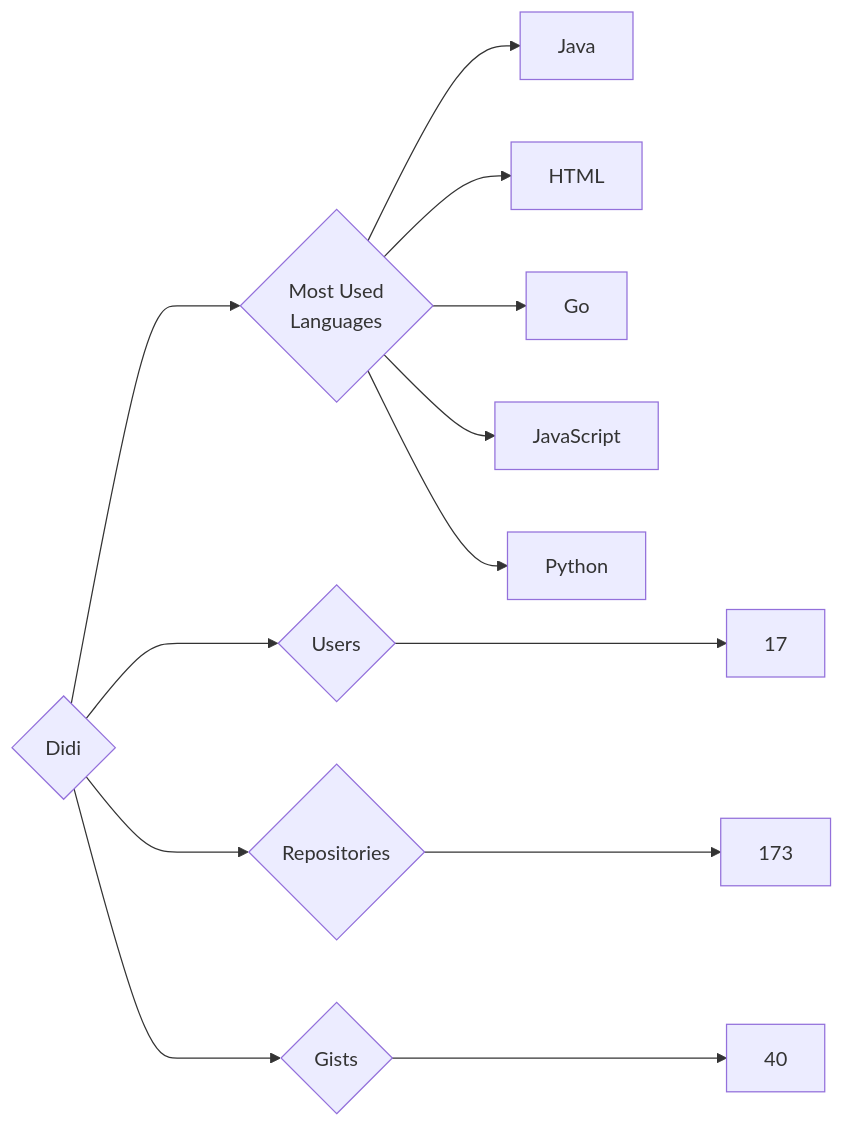
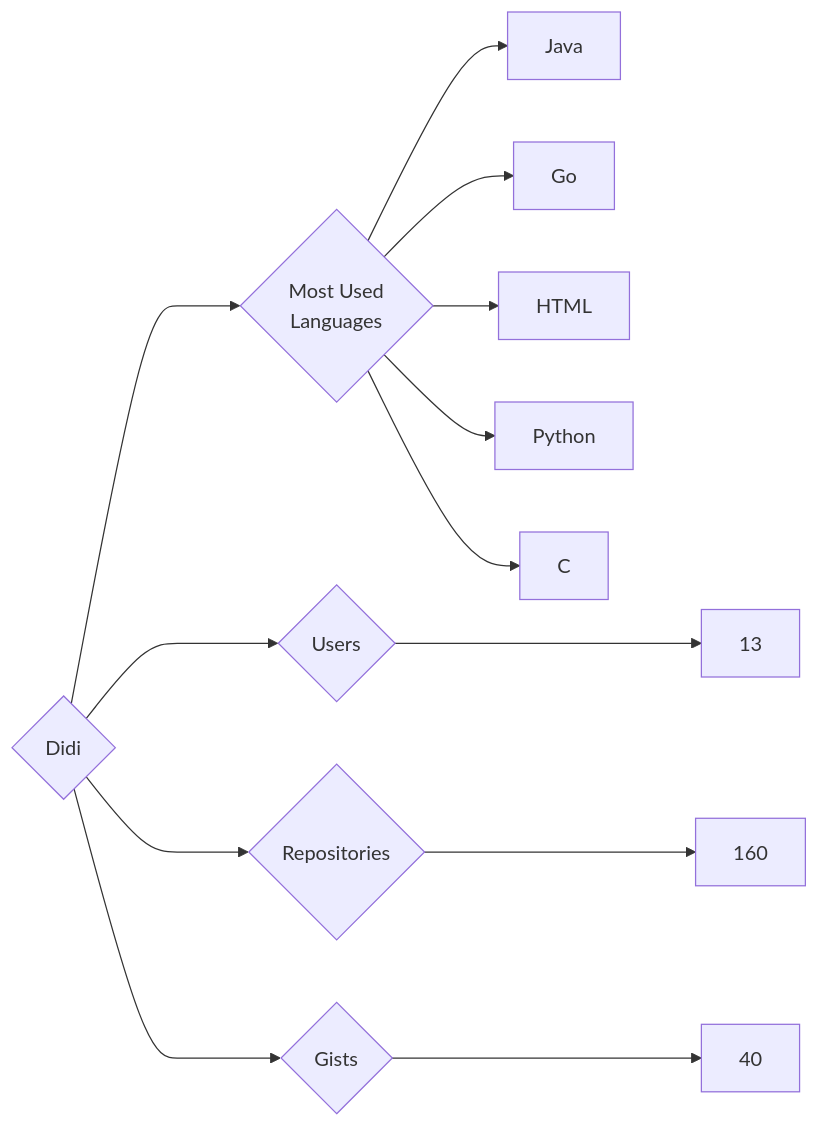
Before and after one commit to trickest/insiders: the diagram in targets/Didi/README.md, drawn with Mermaid. The commit also changed 640 other files, not shown here.

````diff
--- a/targets/Didi/README.md
+++ b/targets/Didi/README.md
@@ -3,13 +3,13 @@
 ```mermaid
 graph LR
 COMPANY_NAME{Didi}
-COMPANY_NAME ---> U{Users} ---> UN[17]
-COMPANY_NAME ---> R{Repositories} ---> RN[173]
+COMPANY_NAME ---> U{Users} ---> UN[13]
+COMPANY_NAME ---> R{Repositories} ---> RN[160]
 COMPANY_NAME ---> G{Gists} ---> GN[40]
 COMPANY_NAME ---> ML{Most Used<br>Languages}
 ML --> Java[Java]
+ML --> Go[Go]
 ML --> HTML[HTML]
-ML --> Go[Go]
-ML --> JavaScript[JavaScript]
 ML --> Python[Python]
+ML --> C[C]
 ```
````
